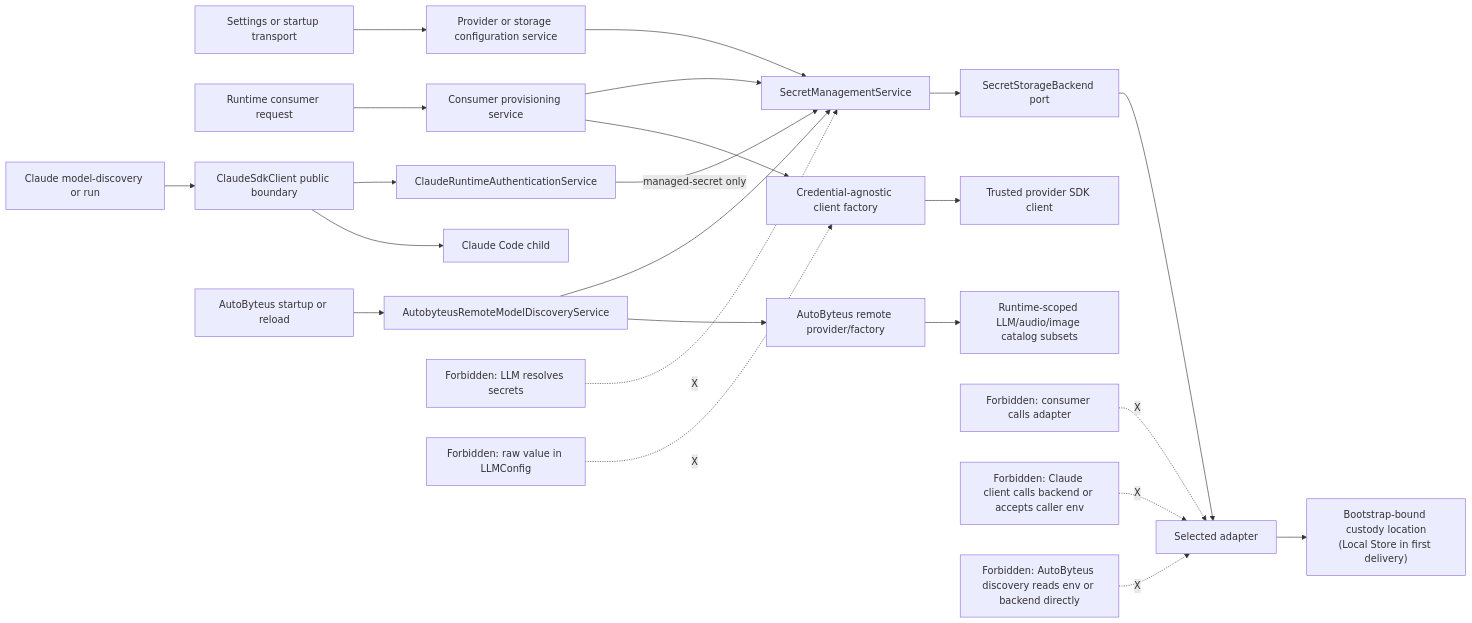
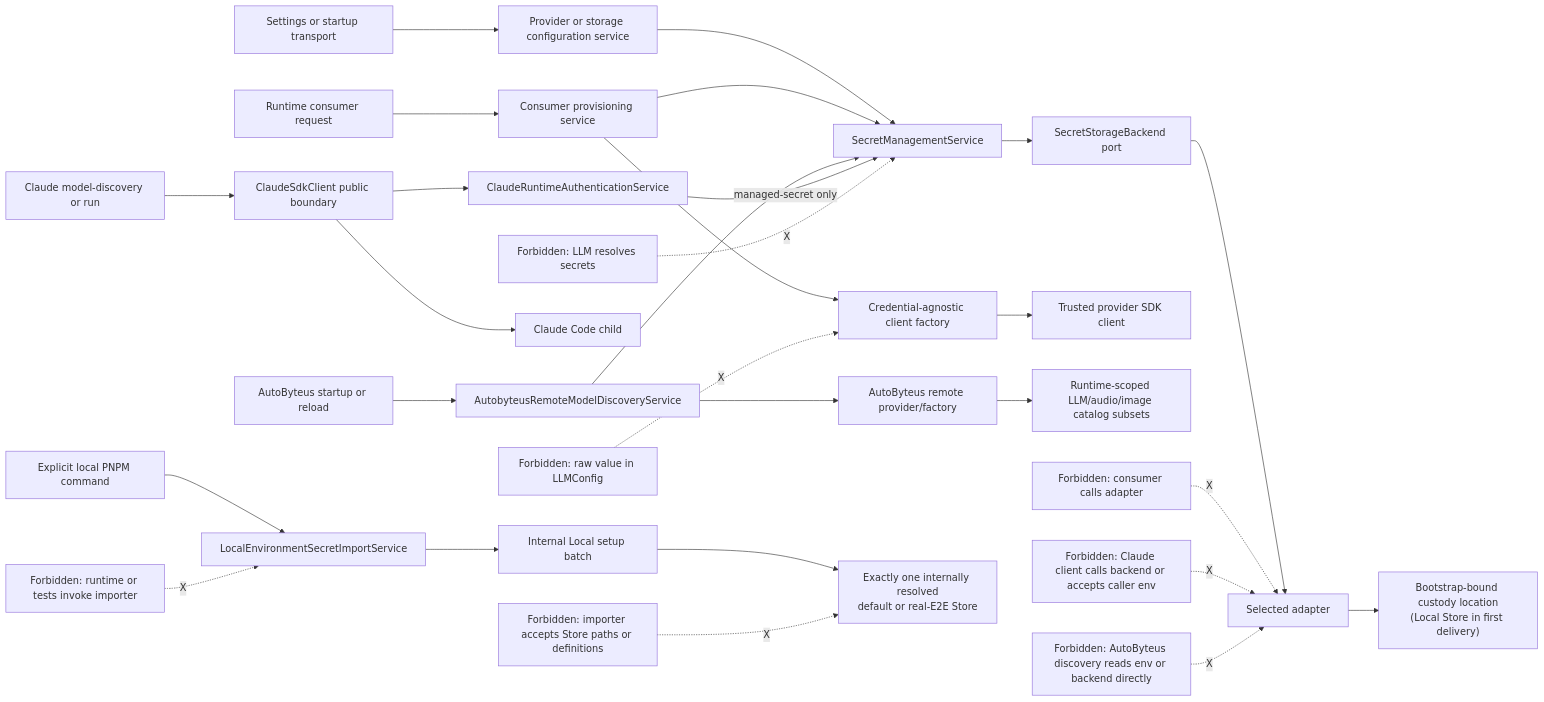
The second of 20 diagrams in tickets/in-progress/secure-centralized-secret-provisioning/secret-storage-architecture.md (AutoByteus/autobyteus-workspace), drawn with Mermaid before and after one commit. The commit also changed other lines of this file and 86 other files, not shown here.

````diff
--- a/tickets/in-progress/secure-centralized-secret-provisioning/secret-storage-architecture.md
+++ b/tickets/in-progress/secure-centralized-secret-provisioning/secret-storage-architecture.md
@@ -103,27 +111,32 @@
 ```mermaid
 flowchart LR
   Transport["Settings or startup transport"] --> Subject["Provider or storage configuration service"]
   Runtime["Runtime consumer request"] --> Provisioning["Consumer provisioning service"]
   ClaudeRequest["Claude model-discovery or run"] --> ClaudeClient["ClaudeSdkClient public boundary"]
   RemoteTrigger["AutoByteus startup or reload"] --> RemoteDiscovery["AutobyteusRemoteModelDiscoveryService"]
+  ImportCommand["Explicit local PNPM command"] --> ImportOwner["LocalEnvironmentSecretImportService"]
   ClaudeClient --> ClaudeAuth["ClaudeRuntimeAuthenticationService"]
   Subject --> Management["SecretManagementService"]
   Provisioning --> Management
   RemoteDiscovery --> Management
   ClaudeAuth -->|"managed-secret only"| Management
   Management --> Port["SecretStorageBackend port"]
   Port --> Adapter["Selected adapter"]
   Adapter --> Store["Bootstrap-bound custody location\n(Local Store in first delivery)"]
 
   Provisioning --> Factory["Credential-agnostic client factory"]
   Factory --> SDK["Trusted provider SDK client"]
   RemoteDiscovery --> RemoteFactory["AutoByteus remote provider/factory"]
   RemoteFactory --> Registries["Runtime-scoped LLM/audio/image catalog subsets"]
   ClaudeClient --> ClaudeChild["Claude Code child"]
+  ImportOwner --> LocalSetupBatch["Internal Local setup batch"]
+  LocalSetupBatch --> SelectedLocalStore["Exactly one internally resolved\ndefault or real-E2E Store"]
 
   Bad1["Forbidden: consumer calls adapter"] -. "X" .-> Adapter
   Bad2["Forbidden: LLM resolves secrets"] -. "X" .-> Management
   Bad3["Forbidden: raw value in LLMConfig"] -. "X" .-> Factory
   Bad4["Forbidden: Claude client calls backend or accepts caller env"] -. "X" .-> Adapter
   Bad5["Forbidden: AutoByteus discovery reads env or backend directly"] -. "X" .-> Adapter
+  Bad6["Forbidden: runtime or tests invoke importer"] -. "X" .-> ImportOwner
+  Bad7["Forbidden: importer accepts Store paths or definitions"] -. "X" .-> SelectedLocalStore
 ```
````
